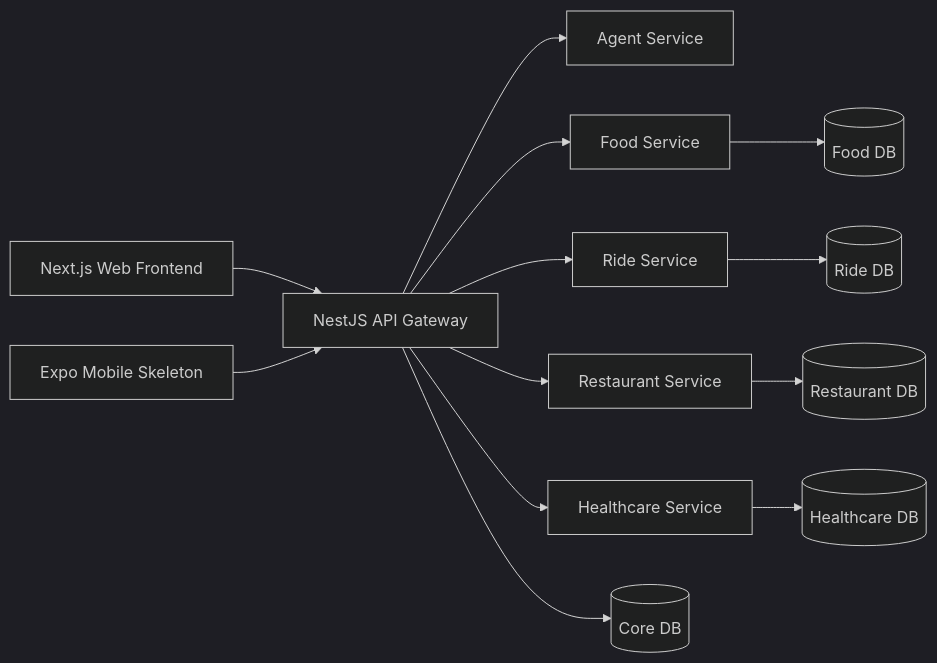
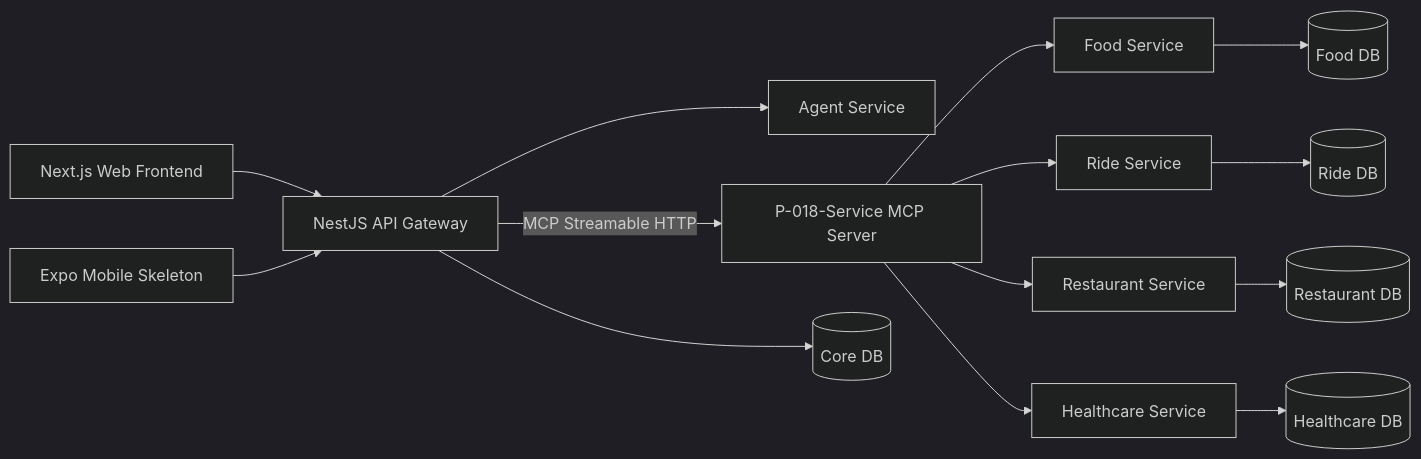
Before and after one commit to codecuatai/P-018: the diagram in README.md, drawn with Mermaid (dark theme). The commit also changed 35 other files, not shown here.

Commit message:
feat: decouple service gateway and improve web UX

````diff
--- a/README.md
+++ b/README.md
@@ -33,15 +33,16 @@
 ```mermaid
 flowchart LR
   Web[Next.js Web Frontend] --> Gateway[NestJS API Gateway]
   Mobile[Expo Mobile Skeleton] --> Gateway
   Gateway --> Agent[Agent Service]
-  Gateway --> Food[Food Service]
-  Gateway --> Ride[Ride Service]
-  Gateway --> Restaurant[Restaurant Service]
-  Gateway --> Healthcare[Healthcare Service]
+  Gateway -->|MCP Streamable HTTP| ServiceMCP[P-018-Service MCP Server]
+  ServiceMCP --> Food[Food Service]
+  ServiceMCP --> Ride[Ride Service]
+  ServiceMCP --> Restaurant[Restaurant Service]
+  ServiceMCP --> Healthcare[Healthcare Service]
   Gateway --> CoreDB[(Core DB)]
   Food --> FoodDB[(Food DB)]
   Ride --> RideDB[(Ride DB)]
   Restaurant --> RestaurantDB[(Restaurant DB)]
   Healthcare --> HealthcareDB[(Healthcare DB)]
 ```
````
